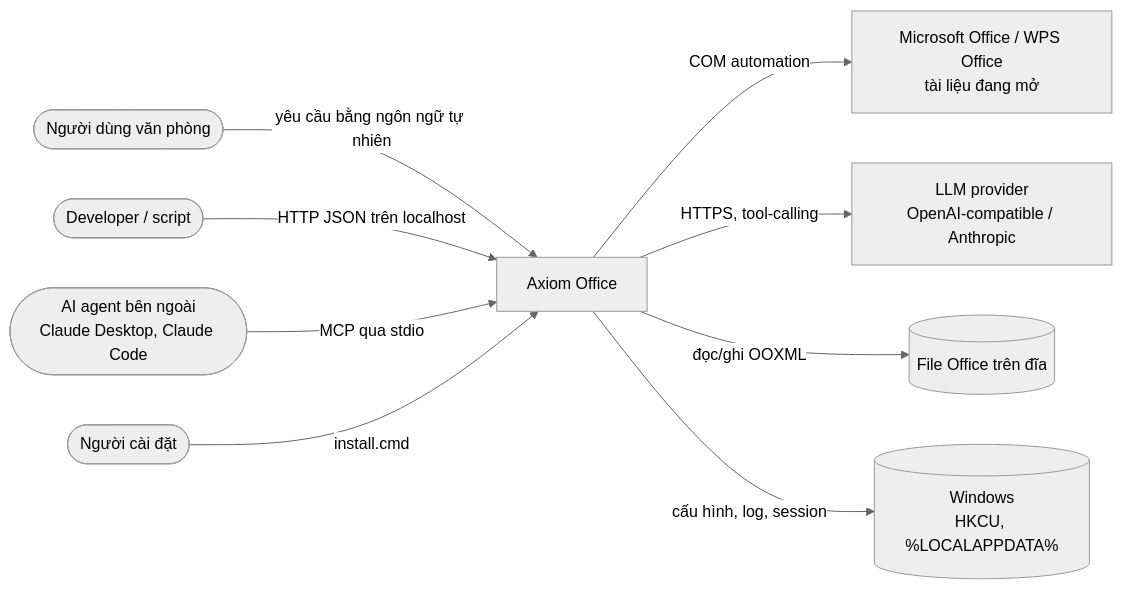
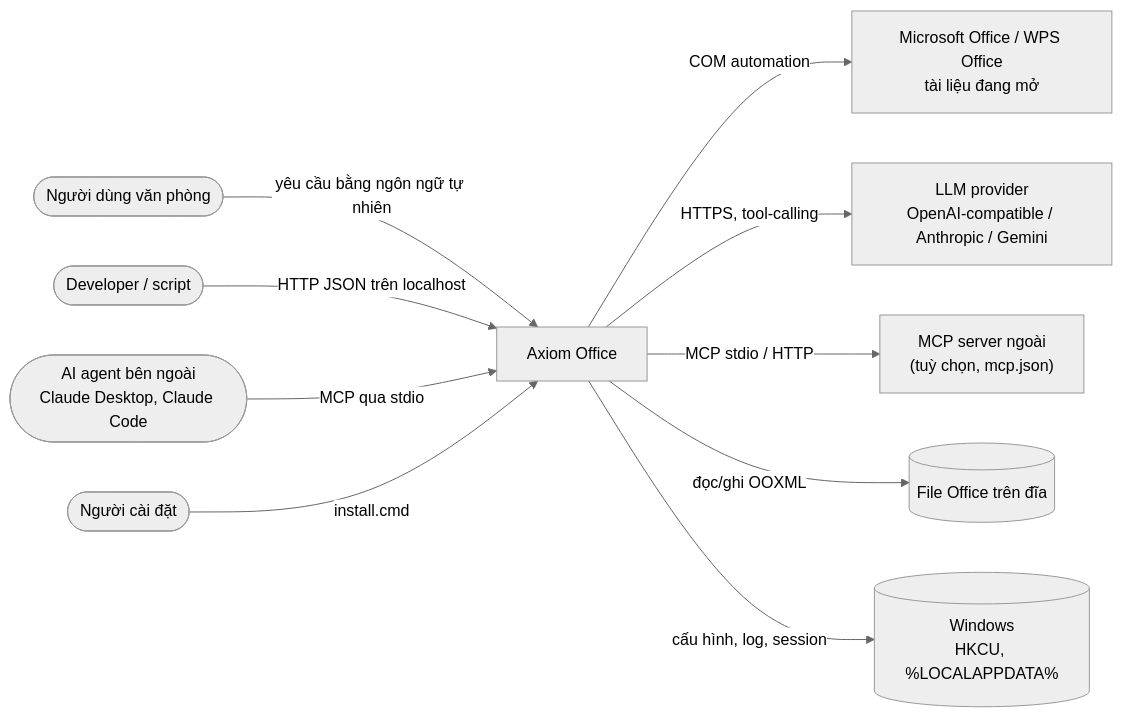
One commit to rgb-vgx/Axiom-Office changed the first of 20 diagrams in ARCHITECTURE.MD. Above: the diagram before and after it, drawn with Mermaid (neutral theme). The commit also changed other lines of this file and 3 other files, not shown here.

Commit message:
docs: ARCHITECTURE.MD cho Agent Core (HLD + LLD mục 22), README/CHANGELOG giai đoạn 4

````diff
--- a/ARCHITECTURE.MD
+++ b/ARCHITECTURE.MD
@@ -81,23 +83,25 @@
 ```mermaid
 flowchart LR
     enduser(["Người dùng văn phòng"])
     dev(["Developer / script"])
     mcpc(["AI agent bên ngoài<br/>Claude Desktop, Claude Code"])
     installer(["Người cài đặt"])
 
     ax["Axiom Office"]
 
     office["Microsoft Office / WPS Office<br/>tài liệu đang mở"]
-    llm["LLM provider<br/>OpenAI-compatible / Anthropic"]
+    llm["LLM provider<br/>OpenAI-compatible / Anthropic / Gemini"]
+    mcpext["MCP server ngoài<br/>(tuỳ chọn, mcp.json)"]
     fs[("File Office trên đĩa")]
     win[("Windows<br/>HKCU, %LOCALAPPDATA%")]
 
     enduser -->|"yêu cầu bằng ngôn ngữ tự nhiên"| ax
     dev -->|"HTTP JSON trên localhost"| ax
     mcpc -->|"MCP qua stdio"| ax
     installer -->|"install.cmd"| ax
     ax -->|"COM automation"| office
     ax -->|"HTTPS, tool-calling"| llm
+    ax -->|"MCP stdio / HTTP"| mcpext
     ax -->|"đọc/ghi OOXML"| fs
     ax -->|"cấu hình, log, session"| win
 ```
````
